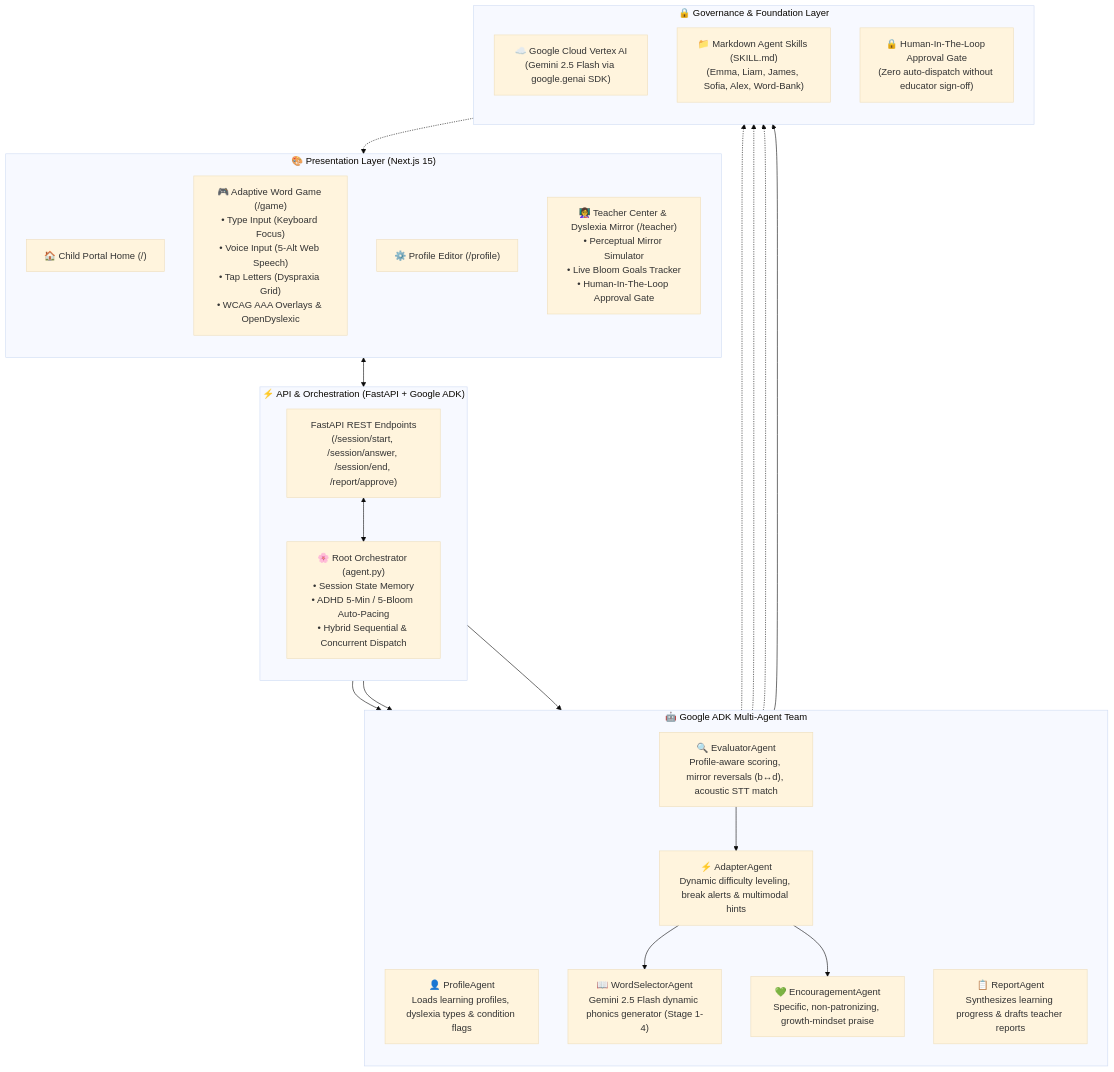
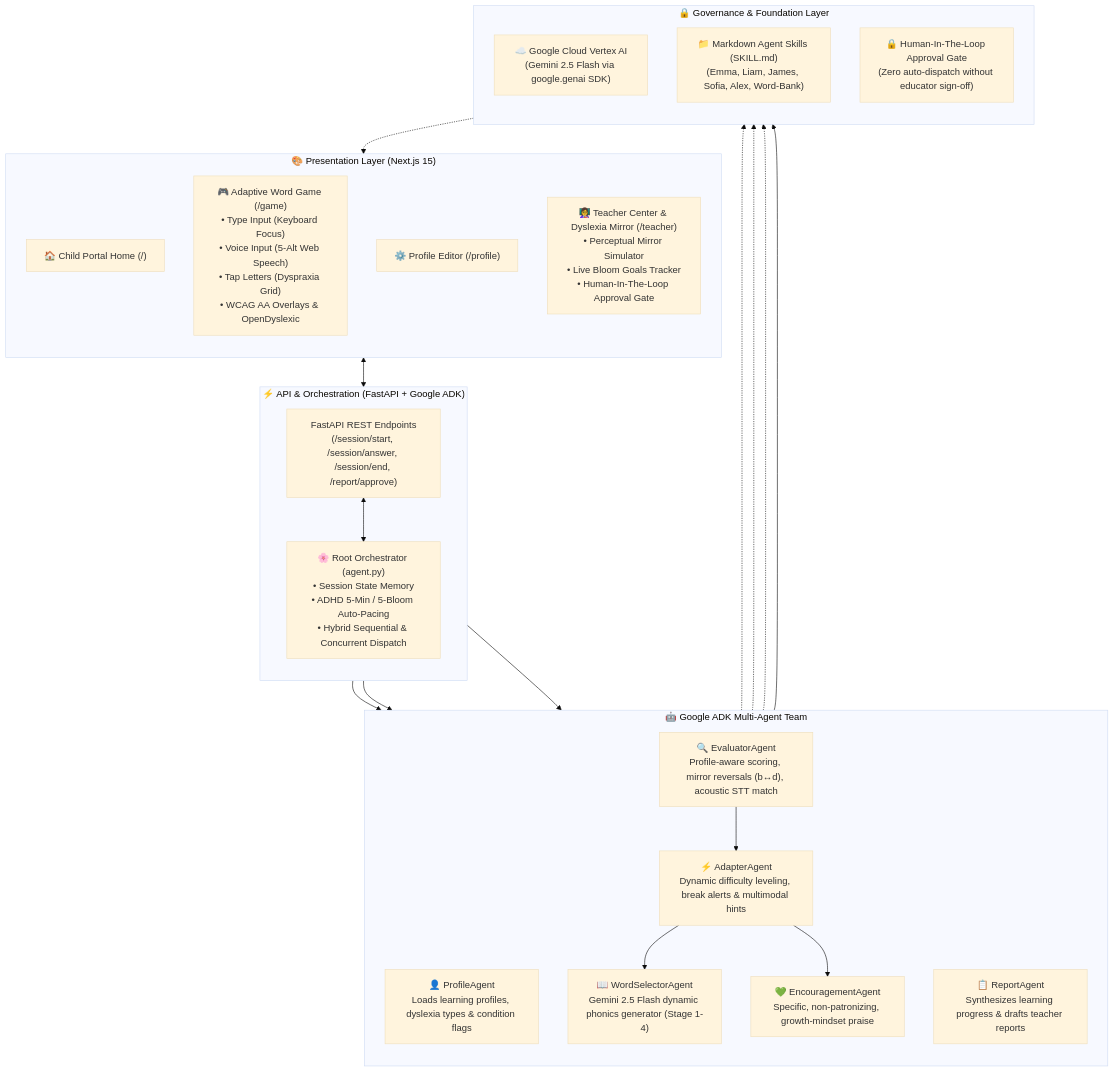
Before and after one commit to soumyaritu/WordBloom: the first of 2 diagrams in README.md, drawn with Mermaid (base theme). The commit also changed other lines of this file and 1 other file, not shown here.

Commit message:
docs: adjust accessibility standard from WCAG AAA to WCAG AA

````diff
--- a/README.md
+++ b/README.md
@@ -157,48 +157,48 @@
 ```mermaid
 flowchart TB
     subgraph PRESENTATION["🎨 Presentation Layer (Next.js 15)"]
         direction TB
         UI_HOME["🏠 Child Portal Home (/)"]
-        UI_GAME["🎮 Adaptive Word Game (/game)<br/>• Type Input (Keyboard Focus)<br/>• Voice Input (5-Alt Web Speech)<br/>• Tap Letters (Dyspraxia Grid)<br/>• WCAG AAA Overlays & OpenDyslexic"]
+        UI_GAME["🎮 Adaptive Word Game (/game)<br/>• Type Input (Keyboard Focus)<br/>• Voice Input (5-Alt Web Speech)<br/>• Tap Letters (Dyspraxia Grid)<br/>• WCAG AA Overlays & OpenDyslexic"]
         UI_PROFILE["⚙️ Profile Editor (/profile)"]
         UI_TEACHER["👩‍🏫 Teacher Center & Dyslexia Mirror (/teacher)<br/>• Perceptual Mirror Simulator<br/>• Live Bloom Goals Tracker<br/>• Human-In-The-Loop Approval Gate"]
     end
 
     subgraph ORCHESTRATION["⚡ API & Orchestration (FastAPI + Google ADK)"]
         direction TB
         API["FastAPI REST Endpoints<br/>(/session/start, /session/answer, /session/end, /report/approve)"]
         ROOT["🌸 Root Orchestrator (agent.py)<br/>• Session State Memory<br/>• ADHD 5-Min / 5-Bloom Auto-Pacing<br/>• Hybrid Sequential & Concurrent Dispatch"]
     end
 
     subgraph AGENTS["🤖 Google ADK Multi-Agent Team"]
         direction TB
         AG_PROF["👤 ProfileAgent<br/>Loads learning profiles, dyslexia types & condition flags"]
         AG_WORD["📖 WordSelectorAgent<br/>Gemini 2.5 Flash dynamic phonics generator (Stage 1-4)"]
         AG_EVAL["🔍 EvaluatorAgent<br/>Profile-aware scoring, mirror reversals (b↔d), acoustic STT match"]
         AG_ADAPT["⚡ AdapterAgent<br/>Dynamic difficulty leveling, break alerts & multimodal hints"]
         AG_ENCOURAGE["💚 EncouragementAgent<br/>Specific, non-patronizing, growth-mindset praise"]
         AG_REPORT["📋 ReportAgent<br/>Synthesizes learning progress & drafts teacher reports"]
     end
 
     subgraph GOVERNANCE["🔒 Governance & Foundation Layer"]
         direction TB
         VERTEX["☁️ Google Cloud Vertex AI<br/>(Gemini 2.5 Flash via google.genai SDK)"]
         SKILLS["📁 Markdown Agent Skills (SKILL.md)<br/>(Emma, Liam, James, Sofia, Alex, Word-Bank)"]
         HITL["🔒 Human-In-The-Loop Approval Gate<br/>(Zero auto-dispatch without educator sign-off)"]
     end
 
     %% Flow connections
     PRESENTATION <--> API
     API <--> ROOT
     ROOT --> AG_PROF
     AG_PROF -.-> SKILLS
     ROOT --> AG_EVAL
     AG_EVAL --> AG_ADAPT
     AG_ADAPT --> AG_WORD
     AG_ADAPT --> AG_ENCOURAGE
     AG_WORD -.-> VERTEX
     AG_ENCOURAGE -.-> VERTEX
     ROOT --> AG_REPORT
     AG_REPORT --> HITL
     HITL -.-> UI_TEACHER
 ```
````
